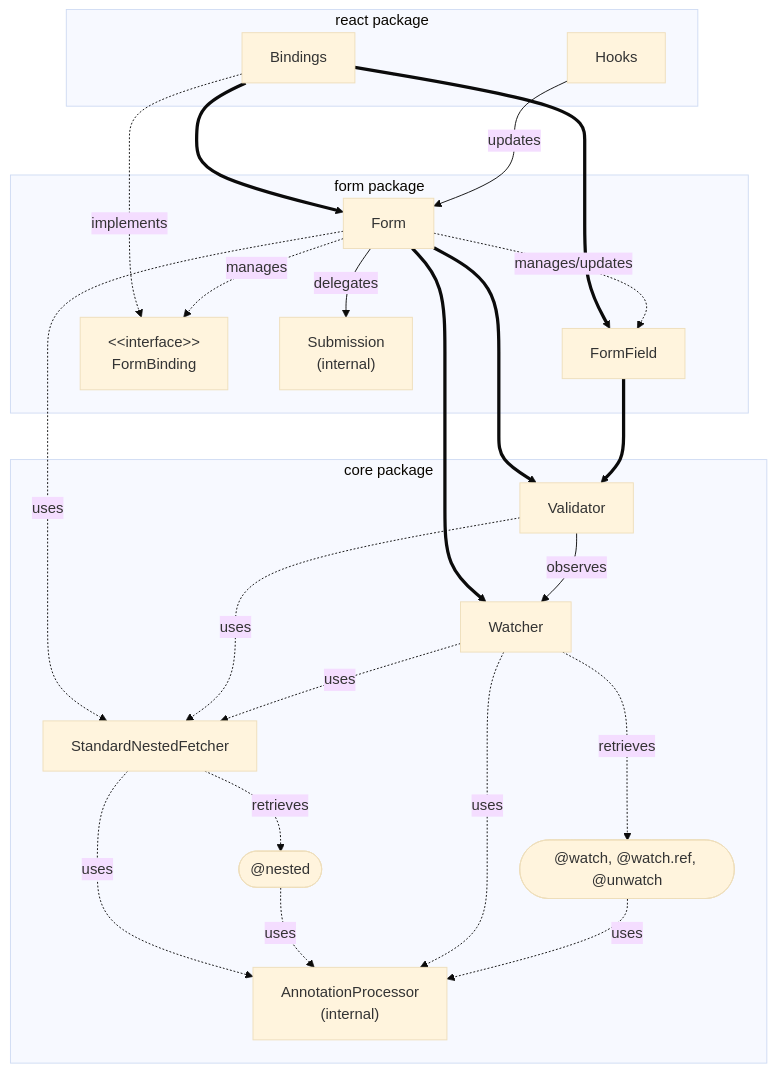
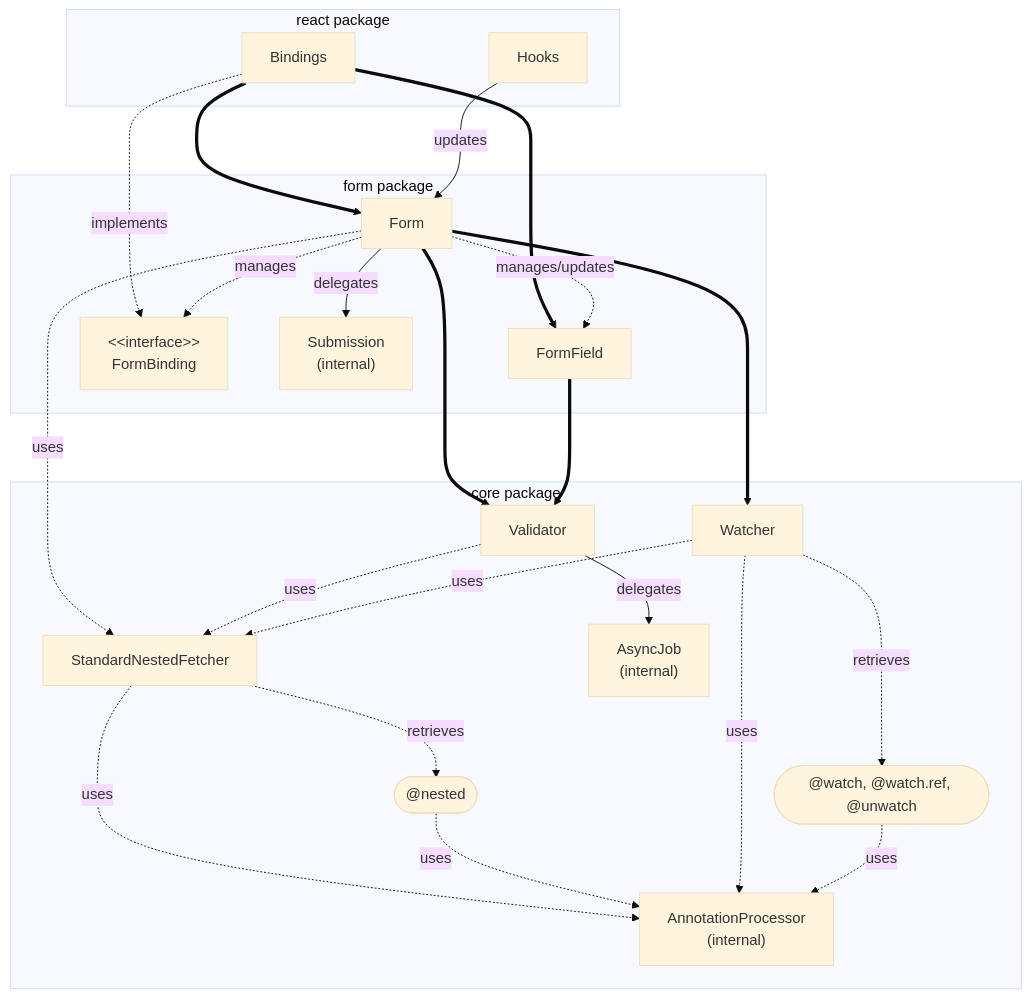
The diagram in README.md (creasty/mobx-sentinel), drawn with Mermaid (base theme) before and after one commit. The commit also changed other lines of this file and 5 other files, not shown here.

````diff
--- a/README.md
+++ b/README.md
@@ -88,42 +88,42 @@
 ```mermaid
 graph TB
 
 %%subgraph external
 %%  Object((Object))
 %%end
 
 subgraph core package
   nested(["@nested"])
   StandardNestedFetcher -.-> |retrieves| nested
   %%StandardNestedFetcher -.-> |reads| Object
 
   watch(["@watch, @watch.ref, @unwatch"])
   Watcher -.-> |retrieves| watch
   Watcher -.-> |uses| StandardNestedFetcher
   %%Watcher --> |observes| Object
 
   Validator
-  Validator --> |observes| Watcher
+  Validator --> |delegates| AsyncJob["AsyncJob<br>(internal)"]
   Validator -.-> |uses| StandardNestedFetcher
   %%Validator --> |observes| Object
 
   watch & Watcher & nested & StandardNestedFetcher -.-> |uses| AnnotationProcessor["AnnotationProcessor<br>(internal)"]
 end
 
 subgraph form package
   Form -.-> |manages/updates| FormField
   Form -.-> |manages| FormBinding["&lt;&lt;interface&gt;&gt;<br>FormBinding"]
   %%FormBinding -.-> |references| Form & FormField
   Form ==> Watcher
   FormField & Form  ==> Validator
   Form -.-> |uses| StandardNestedFetcher
   Form --> |delegates| Submission["Submission<br>(internal)"]
 end
 
 subgraph react package
   Hooks --> |updates| Form
 
   Bindings -.-> |implements| FormBinding
   Bindings ==> Form & FormField
 end
 ```
````
